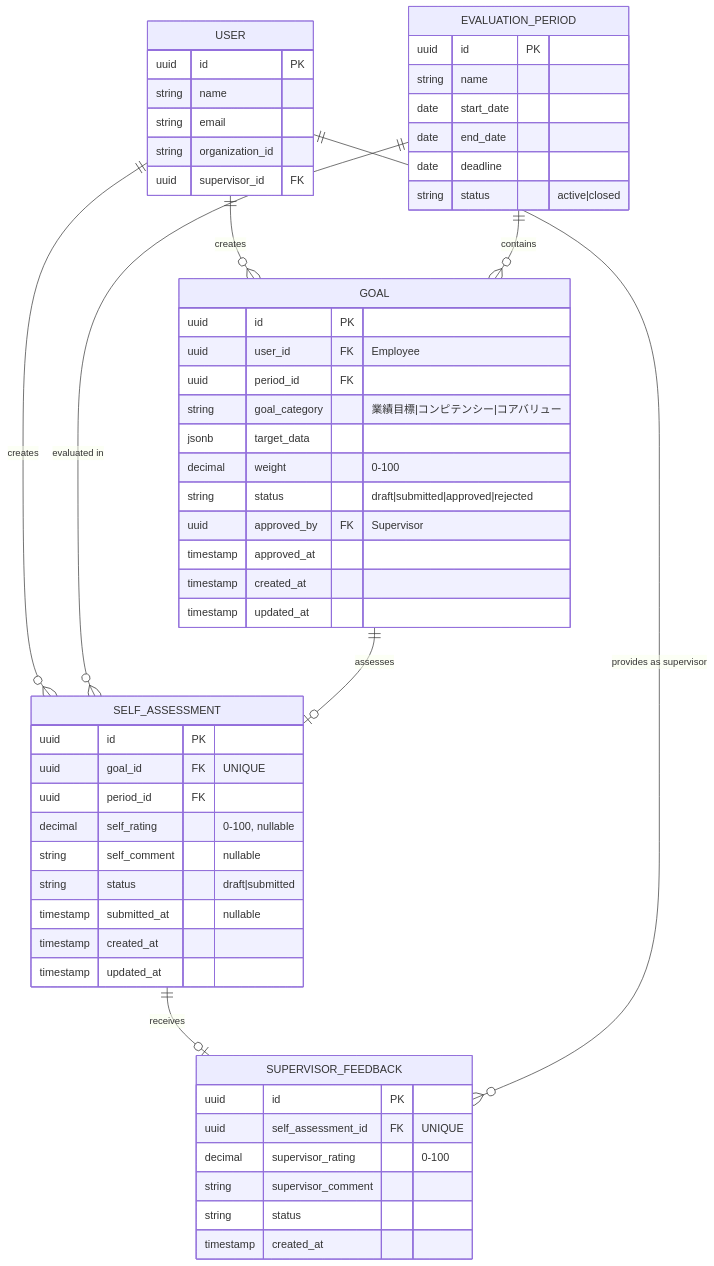
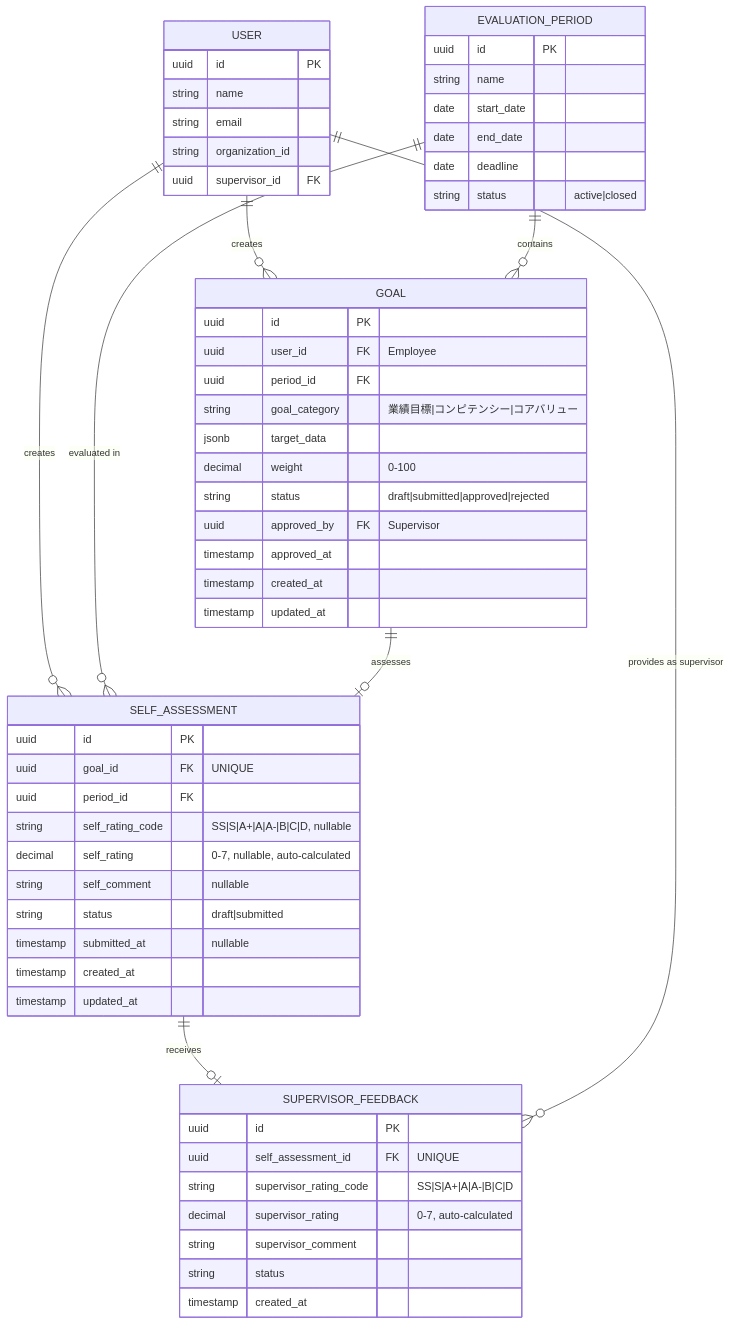
Before and after one commit to shintairiku/evaluation-system: the first of 2 diagrams in .kiro/specs/self-assessment/domain-model.md, drawn with Mermaid. The commit also changed other lines of this file, not shown here.

First line of the commit message:
feat(self-assessment): correct grading system to letter grades in domain model

````diff
--- a/.kiro/specs/self-assessment/domain-model.md
+++ b/.kiro/specs/self-assessment/domain-model.md
@@ -125,62 +148,64 @@
 ```mermaid
 erDiagram
     USER ||--o{ GOAL : "creates"
     USER ||--o{ SELF_ASSESSMENT : "creates"
     EVALUATION_PERIOD ||--o{ GOAL : "contains"
     EVALUATION_PERIOD ||--o{ SELF_ASSESSMENT : "evaluated in"
     GOAL ||--o| SELF_ASSESSMENT : "assesses"
     SELF_ASSESSMENT ||--o| SUPERVISOR_FEEDBACK : "receives"
     USER ||--o{ SUPERVISOR_FEEDBACK : "provides as supervisor"
 
     USER {
         uuid id PK
         string name
         string email
         string organization_id
         uuid supervisor_id FK
     }
 
     GOAL {
         uuid id PK
         uuid user_id FK "Employee"
         uuid period_id FK
         string goal_category "業績目標|コンピテンシー|コアバリュー"
         jsonb target_data
         decimal weight "0-100"
         string status "draft|submitted|approved|rejected"
         uuid approved_by FK "Supervisor"
         timestamp approved_at
         timestamp created_at
         timestamp updated_at
     }
 
     EVALUATION_PERIOD {
         uuid id PK
         string name
         date start_date
         date end_date
         date deadline
         string status "active|closed"
     }
 
     SELF_ASSESSMENT {
         uuid id PK
         uuid goal_id FK "UNIQUE"
         uuid period_id FK
-        decimal self_rating "0-100, nullable"
+        string self_rating_code "SS|S|A+|A|A-|B|C|D, nullable"
+        decimal self_rating "0-7, nullable, auto-calculated"
         string self_comment "nullable"
         string status "draft|submitted"
         timestamp submitted_at "nullable"
         timestamp created_at
         timestamp updated_at
     }
 
     SUPERVISOR_FEEDBACK {
         uuid id PK
         uuid self_assessment_id FK "UNIQUE"
-        decimal supervisor_rating "0-100"
+        string supervisor_rating_code "SS|S|A+|A|A-|B|C|D"
+        decimal supervisor_rating "0-7, auto-calculated"
         string supervisor_comment
         string status
         timestamp created_at
     }
 ```
````
